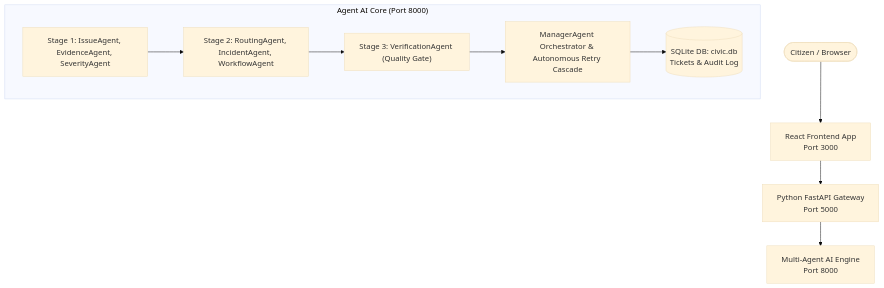
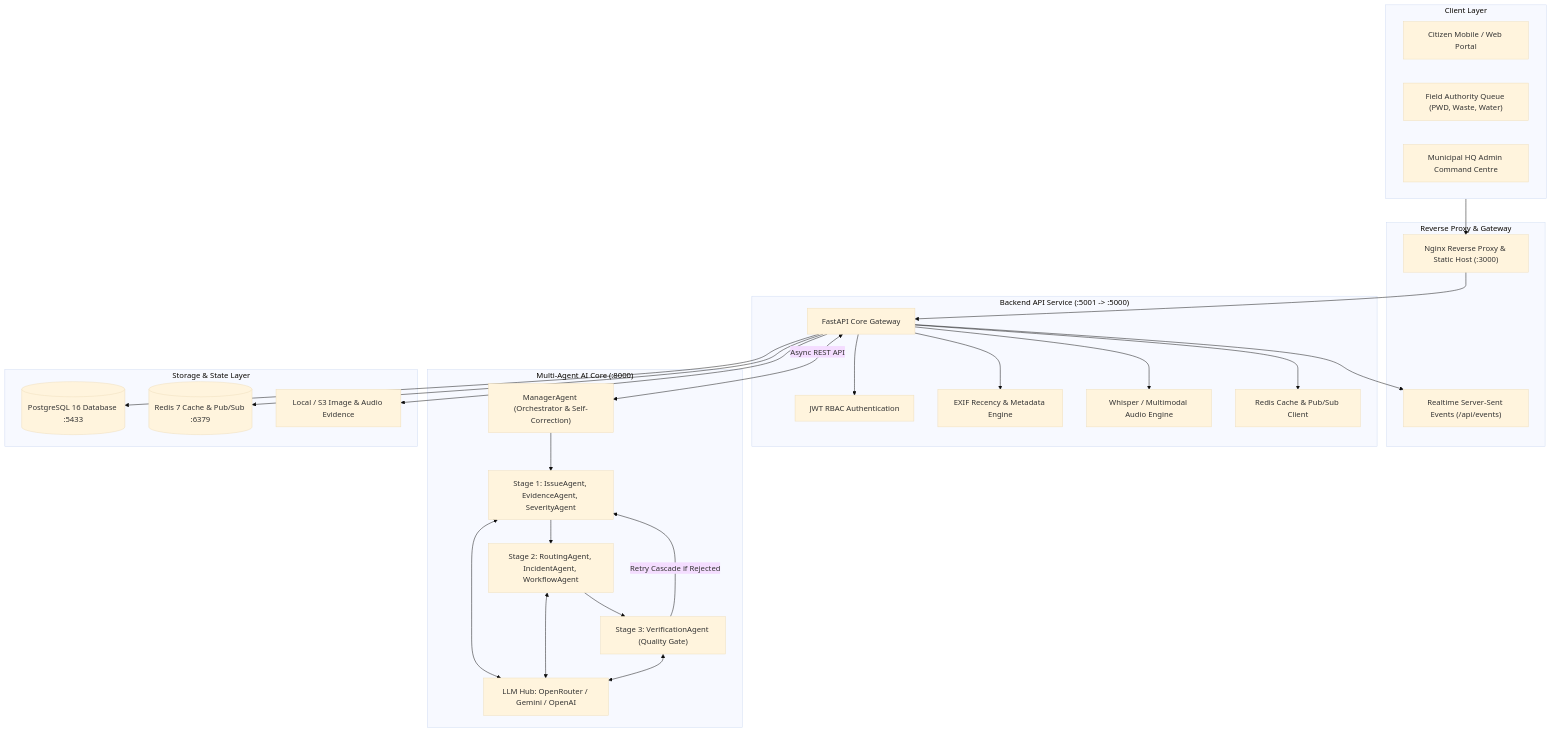
Before and after one commit to SaiForge/CivicFlowAI: the first of 3 diagrams in readme.md, drawn with Mermaid (base theme). The commit also changed other lines of this file and 7 other files, not shown here.

````diff
--- a/readme.md
+++ b/readme.md
@@ -9,19 +45,53 @@
 ```mermaid
 flowchart TD
-    Citizen([Citizen / Browser]) --> Frontend[React Frontend App<br/>Port 3000]
-    Frontend --> Backend[Python FastAPI Gateway<br/>Port 5000]
-    Backend --> Agent[Multi-Agent AI Engine<br/>Port 8000]
+    subgraph Clients["Client Layer"]
+        CitizenUser["Citizen Mobile / Web Portal"]
+        DeptUser["Field Authority Queue (PWD, Waste, Water)"]
+        AdminUser["Municipal HQ Admin Command Centre"]
+    end
 
-    subgraph AgentEngine["Agent AI Core (Port 8000)"]
+    subgraph Edge["Reverse Proxy & Gateway"]
+        Nginx["Nginx Reverse Proxy & Static Host (:3000)"]
+        SSEStream["Realtime Server-Sent Events (/api/events)"]
+    end
+
+    subgraph BackendGateway["Backend API Service (:5001 -> :5000)"]
+        FastAPIGateway["FastAPI Core Gateway"]
+        AuthModule["JWT RBAC Authentication"]
+        ExifExtractor["EXIF Recency & Metadata Engine"]
+        AudioTranscriber["Whisper / Multimodal Audio Engine"]
+        CacheLayer["Redis Cache & Pub/Sub Client"]
+    end
+
+    subgraph MultiAgentEngine["Multi-Agent AI Core (:8000)"]
+        ManagerAgent["ManagerAgent (Orchestrator & Self-Correction)"]
         Stage1["Stage 1: IssueAgent, EvidenceAgent, SeverityAgent"]
         Stage2["Stage 2: RoutingAgent, IncidentAgent, WorkflowAgent"]
         Stage3["Stage 3: VerificationAgent (Quality Gate)"]
-        Manager[ManagerAgent Orchestrator & Autonomous Retry Cascade]
-        SQLite[(SQLite DB: civic.db<br/>Tickets & Audit Log)]
+        LLMHub["LLM Hub: OpenRouter / Gemini / OpenAI"]
+    end
 
-        Stage1 --> Stage2
-        Stage2 --> Stage3
-        Stage3 --> Manager
-        Manager --> SQLite
+    subgraph Persistence["Storage & State Layer"]
+        Postgres[(PostgreSQL 16 Database :5433)]
+        Redis[(Redis 7 Cache & Pub/Sub :6379)]
+        BlobStorage[Local / S3 Image & Audio Evidence]
     end
+
+    Clients --> Nginx
+    Nginx --> FastAPIGateway
+    FastAPIGateway --> SSEStream
+    FastAPIGateway --> AuthModule
+    FastAPIGateway --> ExifExtractor
+    FastAPIGateway --> AudioTranscriber
+    FastAPIGateway --> CacheLayer
+    FastAPIGateway --> Postgres
+    FastAPIGateway --> Redis
+    FastAPIGateway --> BlobStorage
+
+    FastAPIGateway <-->|Async REST API| ManagerAgent
+    ManagerAgent --> Stage1
+    Stage1 --> Stage2
+    Stage2 --> Stage3
+    Stage3 -->|Retry Cascade if Rejected| Stage1
+    Stage1 & Stage2 & Stage3 <--> LLMHub
 ```
````
